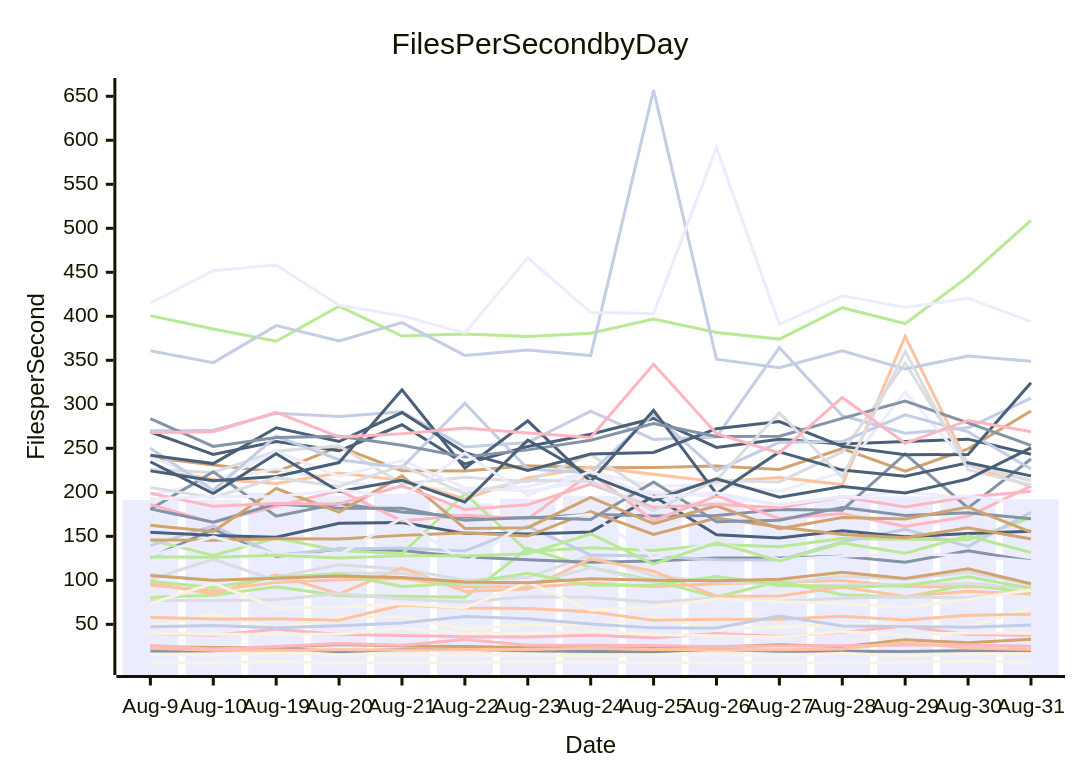
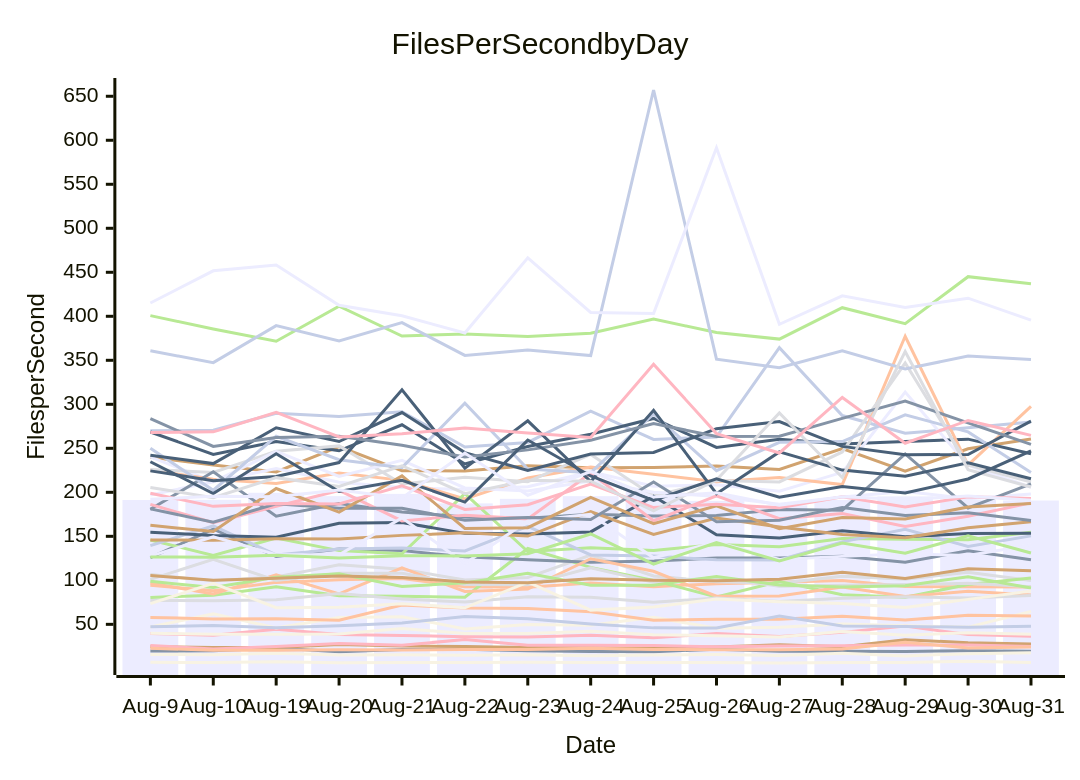
One commit to streetsidesoftware/cspell changed the diagram in perf-report.md. Above: the diagram before and after it, drawn with Mermaid. The commit also changed other lines of this file and 2 other files, not shown here.

````diff
--- a/perf-report.md
+++ b/perf-report.md
@@ -11,57 +11,57 @@
 ```mermaid
 xychart-beta
     title Files Per Second by Day
     y-axis Files per Second
     x-axis Date [Aug-9, Aug-10, Aug-19, Aug-20, Aug-21, Aug-22, Aug-23, Aug-24, Aug-25, Aug-26, Aug-27, Aug-28, Aug-29, Aug-30, Aug-31]
-    bar [191.27, 191.48, 199.45, 195.67, 198.22, 187.40, 192.61, 195.61, 200.69, 190.24, 185.15, 191.23, 195.37, 191.39, 192.02]
-    line [19.76, 19.87, 23.15, 18.80, 21.30, 21.70, 20.11, 19.24, 18.97, 21.74, 19.44, 19.50, 19.20, 19.98, 20.11]
-    line [94.45, 88.13, 97.66, 100.71, 101.93, 92.80, 92.11, 97.07, 92.83, 96.14, 97.78, 99.79, 92.99, 92.61, 92.32]
-    line [106.66, 99.38, 103.80, 117.71, 112.47, 100.50, 103.30, 128.71, 104.89, 98.28, 96.78, 104.60, 101.13, 109.23, 95.45]
-    line [80.61, 83.15, 92.81, 82.44, 81.86, 80.75, 136.22, 114.72, 99.92, 81.00, 98.60, 83.62, 80.81, 95.31, 85.20]
-    line [239.79, 231.09, 223.10, 252.00, 224.60, 224.17, 230.06, 227.93, 228.22, 229.99, 225.97, 249.68, 224.12, 249.45, 292.39]
-    line [269.81, 270.47, 289.77, 286.14, 291.59, 251.52, 256.69, 292.19, 260.02, 262.94, 364.38, 287.21, 267.07, 273.26, 306.93]
-    line [39.52, 37.52, 44.46, 38.46, 37.42, 35.96, 35.65, 37.61, 34.82, 39.47, 36.12, 40.86, 48.01, 38.35, 37.65]
-    line [268.54, 243.09, 257.77, 247.18, 276.72, 232.23, 252.08, 266.01, 283.94, 251.01, 260.27, 254.92, 257.60, 260.42, 243.17]
-    line [6.78, 6.60, 7.51, 6.38, 6.72, 6.55, 6.77, 6.55, 6.58, 6.64, 6.06, 6.53, 6.57, 8.03, 6.79]
-    line [240.17, 211.99, 227.00, 211.38, 205.51, 203.10, 206.43, 223.33, 206.89, 208.72, 201.20, 222.72, 313.85, 230.65, 214.26]
-    line [125.68, 158.27, 127.25, 135.61, 133.76, 126.70, 123.28, 120.42, 121.90, 125.42, 125.26, 127.33, 120.64, 133.49, 121.99]
-    line [225.24, 214.74, 210.02, 221.88, 213.58, 192.56, 216.27, 228.68, 220.47, 211.98, 216.89, 208.83, 377.28, 231.14, 206.45]
-    line [225.91, 222.58, 246.74, 252.74, 209.47, 217.12, 212.13, 242.98, 195.81, 213.43, 211.78, 245.83, 346.89, 231.16, 213.21]
-    line [145.75, 128.32, 148.05, 133.76, 130.09, 198.58, 132.66, 136.89, 133.84, 140.74, 138.14, 147.54, 146.55, 146.02, 170.88]
-    line [24.65, 23.72, 23.68, 26.94, 25.51, 24.79, 23.76, 23.53, 22.75, 24.32, 26.78, 24.44, 32.43, 29.19, 32.91]
-    line [139.45, 161.93, 128.87, 135.71, 136.66, 133.36, 161.38, 128.87, 127.62, 123.35, 123.11, 143.71, 157.94, 138.50, 177.17]
-    line [25.95, 22.03, 24.86, 28.29, 26.21, 32.71, 26.20, 26.09, 26.00, 24.43, 25.37, 25.72, 26.51, 26.59, 25.17]
-    line [154.75, 150.93, 149.02, 164.86, 165.64, 153.35, 152.64, 155.02, 195.52, 151.70, 148.17, 156.31, 149.39, 153.11, 155.75]
-    line [15.80, 15.53, 17.25, 15.28, 15.49, 14.84, 15.46, 14.39, 15.01, 15.63, 14.69, 17.08, 14.10, 16.71, 16.57]
-    line [196.97, 211.99, 246.59, 218.10, 236.31, 204.94, 201.38, 212.81, 200.01, 195.34, 186.50, 194.59, 201.00, 192.78, 201.08]
-    line [180.75, 223.35, 172.94, 187.16, 177.68, 172.01, 170.49, 175.09, 173.22, 173.59, 180.48, 179.74, 243.56, 182.28, 237.89]
-    line [96.93, 84.41, 106.12, 84.61, 114.12, 87.31, 89.99, 124.55, 110.24, 81.92, 82.24, 92.49, 81.67, 87.59, 84.38]
-    line [77.16, 76.75, 77.91, 84.91, 78.76, 75.34, 81.46, 80.77, 74.97, 79.78, 75.90, 79.64, 81.40, 79.85, 88.60]
-    line [400.74, 385.62, 371.65, 411.46, 377.61, 379.88, 377.18, 380.64, 396.91, 381.52, 374.08, 409.79, 391.59, 445.01, 509.04]
-    line [145.79, 145.58, 147.10, 147.08, 151.07, 153.94, 150.27, 178.09, 152.08, 170.66, 160.71, 152.01, 148.28, 159.68, 146.89]
-    line [249.96, 202.34, 263.67, 236.99, 228.06, 301.20, 226.40, 222.40, 289.06, 224.56, 256.87, 257.70, 287.97, 268.68, 226.41]
-    line [186.27, 165.43, 184.07, 202.12, 167.51, 173.85, 169.85, 221.75, 167.75, 195.90, 170.00, 175.89, 161.05, 172.78, 207.09]
-    line [224.37, 213.27, 217.89, 233.79, 316.48, 227.32, 281.23, 212.31, 293.11, 198.49, 245.94, 225.24, 218.17, 233.60, 218.68]
-    line [47.00, 61.84, 45.89, 57.63, 58.67, 44.77, 49.92, 49.06, 57.90, 45.60, 46.71, 50.51, 48.37, 46.85, 68.37]
-    line [127.47, 149.55, 129.16, 129.10, 170.99, 119.13, 167.47, 175.06, 125.57, 143.51, 123.67, 127.21, 130.16, 128.18, 121.29]
-    line [181.18, 166.12, 186.93, 181.85, 181.88, 168.34, 171.35, 169.12, 211.70, 166.64, 168.34, 182.86, 173.63, 176.66, 169.92]
-    line [57.90, 56.15, 56.35, 54.76, 71.89, 68.47, 68.09, 64.39, 54.76, 55.64, 55.71, 59.28, 54.85, 60.20, 61.33]
-    line [101.07, 123.80, 99.87, 108.06, 107.98, 95.34, 94.96, 114.12, 97.84, 103.09, 93.25, 94.27, 95.28, 96.54, 90.56]
-    line [98.84, 91.76, 103.43, 107.49, 93.08, 97.11, 107.90, 94.53, 94.47, 104.38, 94.67, 92.38, 93.95, 104.17, 90.92]
-    line [162.48, 155.40, 204.32, 177.59, 218.64, 159.00, 159.79, 194.26, 164.45, 184.75, 158.60, 171.47, 169.60, 183.25, 154.77]
-    line [360.76, 347.31, 389.41, 371.89, 392.82, 355.53, 361.83, 355.43, 657.12, 351.25, 341.51, 360.76, 340.11, 354.77, 348.81]
-    line [198.91, 184.05, 187.41, 186.67, 207.48, 180.49, 185.92, 209.38, 182.67, 186.49, 182.43, 194.97, 183.27, 194.85, 201.06]
-    line [242.10, 232.62, 273.32, 257.69, 290.62, 245.10, 224.83, 243.49, 245.36, 272.30, 280.33, 252.18, 242.64, 242.97, 324.49]
-    line [73.60, 96.61, 68.89, 69.48, 73.38, 68.77, 97.84, 66.15, 69.59, 78.77, 75.57, 73.80, 69.15, 78.35, 89.02]
-    line [415.14, 451.69, 458.22, 412.53, 400.53, 380.98, 466.37, 404.40, 403.18, 591.49, 390.96, 423.25, 409.89, 420.57, 394.01]
-    line [283.77, 252.09, 262.36, 263.68, 253.37, 240.18, 248.22, 259.20, 278.18, 263.50, 263.68, 284.05, 303.63, 278.91, 253.41]
-    line [22.84, 20.59, 20.47, 21.22, 20.90, 21.42, 21.40, 22.88, 21.36, 21.22, 21.19, 22.04, 29.75, 23.02, 21.29]
-    line [205.56, 193.98, 216.67, 206.61, 230.20, 198.53, 213.69, 212.64, 179.07, 214.07, 290.22, 216.81, 359.94, 225.73, 208.40]
-    line [126.64, 126.17, 128.45, 125.27, 127.94, 127.77, 130.20, 152.67, 118.34, 143.02, 122.15, 142.33, 130.77, 150.54, 131.68]
-    line [105.46, 100.11, 102.43, 104.89, 103.21, 98.21, 97.36, 101.78, 100.00, 99.58, 101.28, 109.08, 102.06, 113.06, 96.04]
-    line [47.26, 48.66, 46.00, 48.26, 51.42, 58.83, 56.30, 50.38, 45.97, 45.91, 59.43, 48.16, 47.53, 46.75, 49.29]
-    line [268.09, 268.70, 290.78, 262.94, 266.60, 272.93, 267.45, 262.37, 345.57, 266.69, 244.68, 307.76, 255.74, 281.64, 268.92]
-    line [234.76, 198.61, 243.75, 200.90, 213.71, 188.91, 259.37, 218.53, 190.79, 215.33, 194.36, 206.72, 199.24, 215.14, 250.48]
-    line [39.98, 38.63, 38.64, 39.11, 45.24, 39.50, 39.66, 42.07, 38.23, 36.94, 35.58, 41.81, 37.53, 40.57, 39.90]
-    line [192.03, 195.48, 194.87, 202.54, 193.62, 244.63, 196.70, 223.56, 194.58, 199.46, 185.25, 194.89, 191.72, 195.81, 185.88]
+    bar [191.27, 191.48, 199.45, 195.67, 198.22, 187.40, 192.61, 195.61, 200.69, 190.24, 185.15, 191.23, 195.37, 191.39, 190.69]
+    line [19.76, 19.87, 23.15, 18.80, 21.30, 21.70, 20.11, 19.24, 18.97, 21.74, 19.44, 19.50, 19.20, 19.98, 19.30]
+    line [94.45, 88.13, 97.66, 100.71, 101.93, 92.80, 92.11, 97.07, 92.83, 96.14, 97.78, 99.79, 92.99, 92.61, 92.48]
+    line [106.66, 99.38, 103.80, 117.71, 112.47, 100.50, 103.30, 128.71, 104.89, 98.28, 96.78, 104.60, 101.13, 109.23, 99.68]
+    line [80.61, 83.15, 92.81, 82.44, 81.86, 80.75, 136.22, 114.72, 99.92, 81.00, 98.60, 83.62, 80.81, 95.31, 102.62]
+    line [239.79, 231.09, 223.10, 252.00, 224.60, 224.17, 230.06, 227.93, 228.22, 229.99, 225.97, 249.68, 224.12, 249.45, 260.62]
+    line [269.81, 270.47, 289.77, 286.14, 291.59, 251.52, 256.69, 292.19, 260.02, 262.94, 364.38, 287.21, 267.07, 273.26, 279.93]
+    line [39.52, 37.52, 44.46, 38.46, 37.42, 35.96, 35.65, 37.61, 34.82, 39.47, 36.12, 40.86, 48.01, 38.35, 36.42]
+    line [268.54, 243.09, 257.77, 247.18, 276.72, 232.23, 252.08, 266.01, 283.94, 251.01, 260.27, 254.92, 257.60, 260.42, 243.78]
+    line [6.78, 6.60, 7.51, 6.38, 6.72, 6.55, 6.77, 6.55, 6.58, 6.64, 6.06, 6.53, 6.57, 8.03, 6.68]
+    line [240.17, 211.99, 227.00, 211.38, 205.51, 203.10, 206.43, 223.33, 206.89, 208.72, 201.20, 222.72, 313.85, 230.65, 205.76]
+    line [125.68, 158.27, 127.25, 135.61, 133.76, 126.70, 123.28, 120.42, 121.90, 125.42, 125.26, 127.33, 120.64, 133.49, 123.29]
+    line [225.24, 214.74, 210.02, 221.88, 213.58, 192.56, 216.27, 228.68, 220.47, 211.98, 216.89, 208.83, 377.28, 231.14, 297.57]
+    line [225.91, 222.58, 246.74, 252.74, 209.47, 217.12, 212.13, 242.98, 195.81, 213.43, 211.78, 245.83, 346.89, 231.16, 211.70]
+    line [145.75, 128.32, 148.05, 133.76, 130.09, 198.58, 132.66, 136.89, 133.84, 140.74, 138.14, 147.54, 146.55, 146.02, 154.50]
+    line [24.65, 23.72, 23.68, 26.94, 25.51, 24.79, 23.76, 23.53, 22.75, 24.32, 26.78, 24.44, 32.43, 29.19, 27.73]
+    line [139.45, 161.93, 128.87, 135.71, 136.66, 133.36, 161.38, 128.87, 127.62, 123.35, 123.11, 143.71, 157.94, 138.50, 150.52]
+    line [25.95, 22.03, 24.86, 28.29, 26.21, 32.71, 26.20, 26.09, 26.00, 24.43, 25.37, 25.72, 26.51, 26.59, 24.69]
+    line [154.75, 150.93, 149.02, 164.86, 165.64, 153.35, 152.64, 155.02, 195.52, 151.70, 148.17, 156.31, 149.39, 153.11, 153.54]
+    line [15.80, 15.53, 17.25, 15.28, 15.49, 14.84, 15.46, 14.39, 15.01, 15.63, 14.69, 17.08, 14.10, 16.71, 17.78]
+    line [196.97, 211.99, 246.59, 218.10, 236.31, 204.94, 201.38, 212.81, 200.01, 195.34, 186.50, 194.59, 201.00, 192.78, 198.11]
+    line [180.75, 223.35, 172.94, 187.16, 177.68, 172.01, 170.49, 175.09, 173.22, 173.59, 180.48, 179.74, 243.56, 182.28, 209.58]
+    line [96.93, 84.41, 106.12, 84.61, 114.12, 87.31, 89.99, 124.55, 110.24, 81.92, 82.24, 92.49, 81.67, 87.59, 83.40]
+    line [77.16, 76.75, 77.91, 84.91, 78.76, 75.34, 81.46, 80.77, 74.97, 79.78, 75.90, 79.64, 81.40, 79.85, 82.65]
+    line [400.74, 385.62, 371.65, 411.46, 377.61, 379.88, 377.18, 380.64, 396.91, 381.52, 374.08, 409.79, 391.59, 445.01, 437.08]
+    line [145.79, 145.58, 147.10, 147.08, 151.07, 153.94, 150.27, 178.09, 152.08, 170.66, 160.71, 152.01, 148.28, 159.68, 166.44]
+    line [249.96, 202.34, 263.67, 236.99, 228.06, 301.20, 226.40, 222.40, 289.06, 224.56, 256.87, 257.70, 287.97, 268.68, 222.56]
+    line [186.27, 165.43, 184.07, 202.12, 167.51, 173.85, 169.85, 221.75, 167.75, 195.90, 170.00, 175.89, 161.05, 172.78, 188.02]
+    line [224.37, 213.27, 217.89, 233.79, 316.48, 227.32, 281.23, 212.31, 293.11, 198.49, 245.94, 225.24, 218.17, 233.60, 215.38]
+    line [47.00, 61.84, 45.89, 57.63, 58.67, 44.77, 49.92, 49.06, 57.90, 45.60, 46.71, 50.51, 48.37, 46.85, 64.58]
+    line [127.47, 149.55, 129.16, 129.10, 170.99, 119.13, 167.47, 175.06, 125.57, 143.51, 123.67, 127.21, 130.16, 128.18, 140.24]
+    line [181.18, 166.12, 186.93, 181.85, 181.88, 168.34, 171.35, 169.12, 211.70, 166.64, 168.34, 182.86, 173.63, 176.66, 168.09]
+    line [57.90, 56.15, 56.35, 54.76, 71.89, 68.47, 68.09, 64.39, 54.76, 55.64, 55.71, 59.28, 54.85, 60.20, 59.37]
+    line [101.07, 123.80, 99.87, 108.06, 107.98, 95.34, 94.96, 114.12, 97.84, 103.09, 93.25, 94.27, 95.28, 96.54, 92.80]
+    line [98.84, 91.76, 103.43, 107.49, 93.08, 97.11, 107.90, 94.53, 94.47, 104.38, 94.67, 92.38, 93.95, 104.17, 91.31]
+    line [162.48, 155.40, 204.32, 177.59, 218.64, 159.00, 159.79, 194.26, 164.45, 184.75, 158.60, 171.47, 169.60, 183.25, 187.19]
+    line [360.76, 347.31, 389.41, 371.89, 392.82, 355.53, 361.83, 355.43, 657.12, 351.25, 341.51, 360.76, 340.11, 354.77, 350.86]
+    line [198.91, 184.05, 187.41, 186.67, 207.48, 180.49, 185.92, 209.38, 182.67, 186.49, 182.43, 194.97, 183.27, 194.85, 192.89]
+    line [242.10, 232.62, 273.32, 257.69, 290.62, 245.10, 224.83, 243.49, 245.36, 272.30, 280.33, 252.18, 242.64, 242.97, 280.93]
+    line [73.60, 96.61, 68.89, 69.48, 73.38, 68.77, 97.84, 66.15, 69.59, 78.77, 75.57, 73.80, 69.15, 78.35, 87.85]
+    line [415.14, 451.69, 458.22, 412.53, 400.53, 380.98, 466.37, 404.40, 403.18, 591.49, 390.96, 423.25, 409.89, 420.57, 395.56]
+    line [283.77, 252.09, 262.36, 263.68, 253.37, 240.18, 248.22, 259.20, 278.18, 263.50, 263.68, 284.05, 303.63, 278.91, 254.52]
+    line [22.84, 20.59, 20.47, 21.22, 20.90, 21.42, 21.40, 22.88, 21.36, 21.22, 21.19, 22.04, 29.75, 23.02, 24.12]
+    line [205.56, 193.98, 216.67, 206.61, 230.20, 198.53, 213.69, 212.64, 179.07, 214.07, 290.22, 216.81, 359.94, 225.73, 206.08]
+    line [126.64, 126.17, 128.45, 125.27, 127.94, 127.77, 130.20, 152.67, 118.34, 143.02, 122.15, 142.33, 130.77, 150.54, 131.00]
+    line [105.46, 100.11, 102.43, 104.89, 103.21, 98.21, 97.36, 101.78, 100.00, 99.58, 101.28, 109.08, 102.06, 113.06, 111.01]
+    line [47.26, 48.66, 46.00, 48.26, 51.42, 58.83, 56.30, 50.38, 45.97, 45.91, 59.43, 48.16, 47.53, 46.75, 47.69]
+    line [268.09, 268.70, 290.78, 262.94, 266.60, 272.93, 267.45, 262.37, 345.57, 266.69, 244.68, 307.76, 255.74, 281.64, 264.71]
+    line [234.76, 198.61, 243.75, 200.90, 213.71, 188.91, 259.37, 218.53, 190.79, 215.33, 194.36, 206.72, 199.24, 215.14, 247.13]
+    line [39.98, 38.63, 38.64, 39.11, 45.24, 39.50, 39.66, 42.07, 38.23, 36.94, 35.58, 41.81, 37.53, 40.57, 38.80]
+    line [192.03, 195.48, 194.87, 202.54, 193.62, 244.63, 196.70, 223.56, 194.58, 199.46, 185.25, 194.89, 191.72, 195.81, 191.05]
 ```
````
